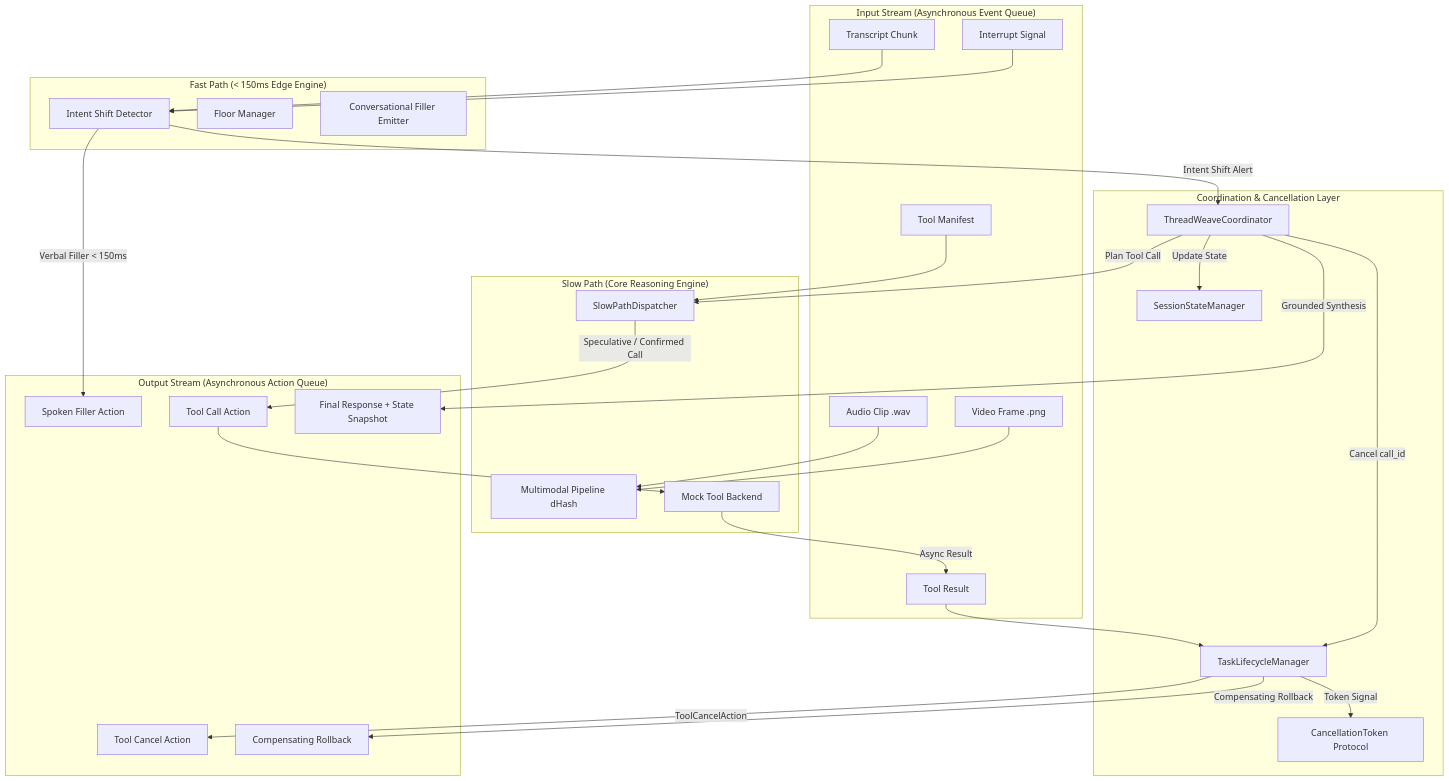
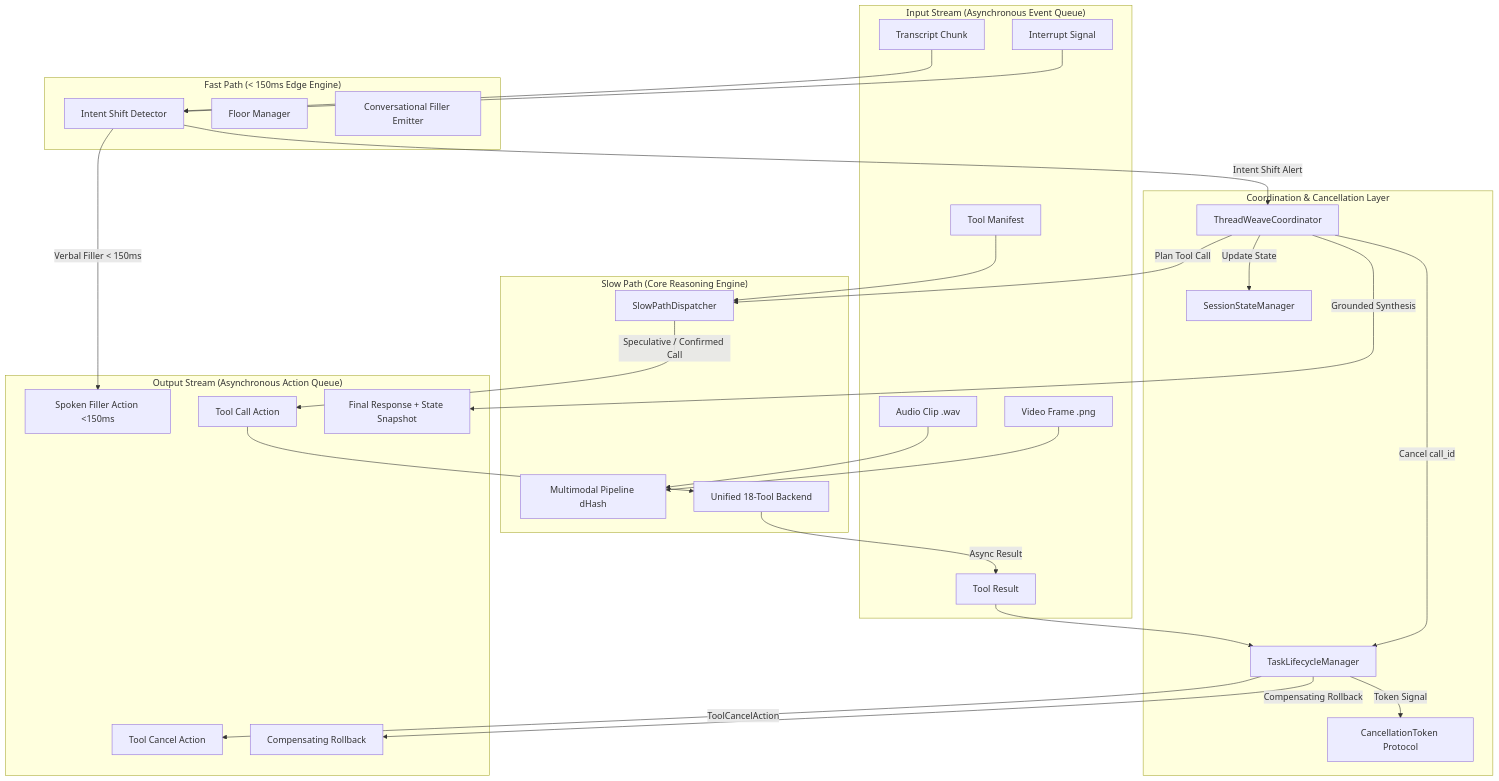
Before and after one commit to tanishksinha/ThreadWeave: the diagram in README.md, drawn with Mermaid. The commit also changed other lines of this file, not shown here.

````diff
--- a/README.md
+++ b/README.md
@@ -65,60 +172,60 @@
 ```mermaid
 graph TB
     subgraph "Input Stream (Asynchronous Event Queue)"
         TC[Transcript Chunk]
         IS[Interrupt Signal]
         AC[Audio Clip .wav]
         VF[Video Frame .png]
         TR[Tool Result]
         TM[Tool Manifest]
     end
 
     subgraph "Fast Path (< 150ms Edge Engine)"
         FPD[Intent Shift Detector]
         FM[Floor Manager]
         FPE[Conversational Filler Emitter]
     end
 
     subgraph "Coordination & Cancellation Layer"
         CORD[ThreadWeaveCoordinator]
         TLM[TaskLifecycleManager]
         CT[CancellationToken Protocol]
         SM[SessionStateManager]
     end
 
     subgraph "Slow Path (Core Reasoning Engine)"
         SPD[SlowPathDispatcher]
         MM[Multimodal Pipeline dHash]
-        BE[Mock Tool Backend]
+        BE[Unified 18-Tool Backend]
     end
 
     subgraph "Output Stream (Asynchronous Action Queue)"
-        O_FILL[Spoken Filler Action]
+        O_FILL[Spoken Filler Action <150ms]
         O_CALL[Tool Call Action]
         O_CANC[Tool Cancel Action]
         O_ROLL[Compensating Rollback]
         O_RESP[Final Response + State Snapshot]
     end
 
     TC --> FPD
     IS --> FPD
     AC --> MM
     VF --> MM
     TR --> TLM
     TM --> SPD
 
     FPD -->|Intent Shift Alert| CORD
     FPD -->|Verbal Filler < 150ms| O_FILL
 
     CORD -->|Cancel call_id| TLM
     TLM -->|Token Signal| CT
     TLM -->|ToolCancelAction| O_CANC
     TLM -->|Compensating Rollback| O_ROLL
 
     CORD -->|Update State| SM
     CORD -->|Plan Tool Call| SPD
     SPD -->|Speculative / Confirmed Call| O_CALL
     O_CALL --> BE
     BE -->|Async Result| TR
     CORD -->|Grounded Synthesis| O_RESP
 ```
````
